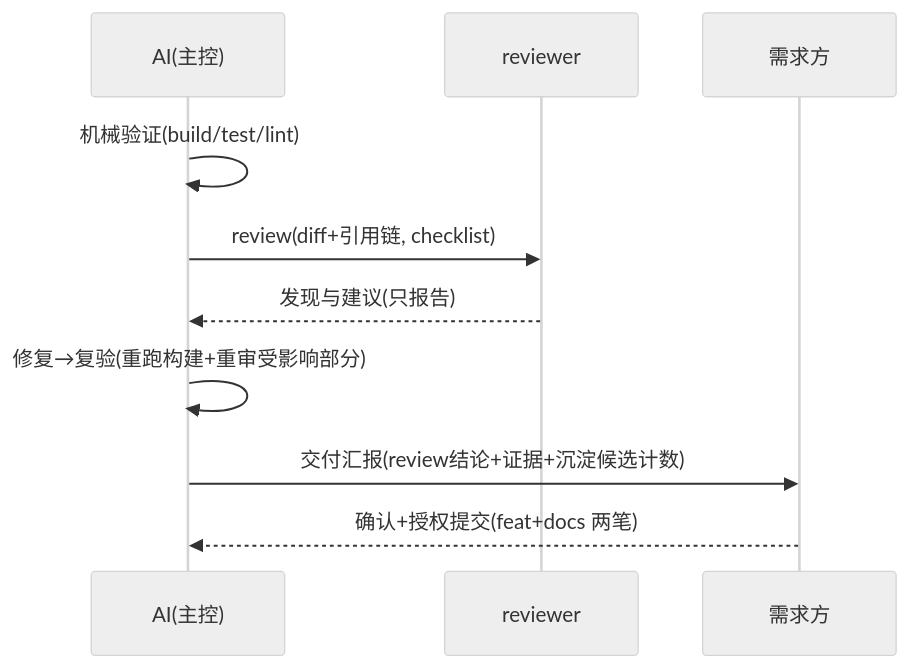
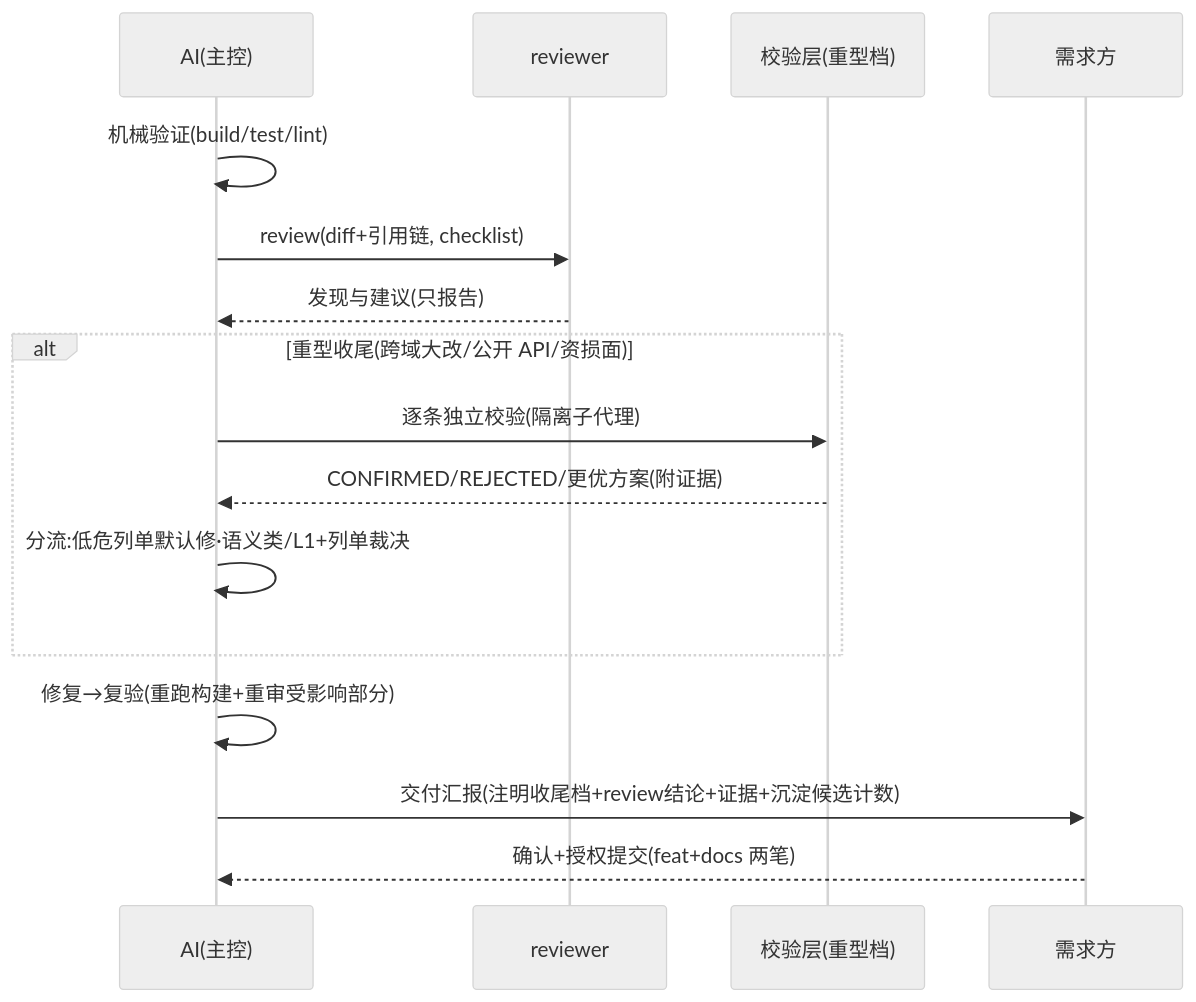
One commit to BIG-BEARC/crules-flutter changed the diagram in README.md. Above: the diagram before and after it, drawn with Mermaid (neutral theme). The commit also changed other lines of this file and 5 other files, not shown here.

Commit message:
feat: 档位化 P1a/P1b——两轴一源落地（§十二三档预设块 + 收尾三档 + init 档位一问 + 时序图改版，四方同源断言 22→24）

````diff
--- a/README.md
+++ b/README.md
@@ -60,12 +62,18 @@
 ```mermaid
 sequenceDiagram
     participant AI as AI(主控)
     participant R as reviewer
+    participant V as 校验层(重型档)
     participant U as 需求方
     AI->>AI: 机械验证(build/test/lint)
     AI->>R: review(diff+引用链, checklist)
     R-->>AI: 发现与建议(只报告)
+    alt 重型收尾(跨域大改/公开 API/资损面)
+        AI->>V: 逐条独立校验(隔离子代理)
+        V-->>AI: CONFIRMED/REJECTED/更优方案(附证据)
+        AI->>AI: 分流:低危列单默认修·语义类/L1+列单裁决
+    end
     AI->>AI: 修复→复验(重跑构建+重审受影响部分)
-    AI->>U: 交付汇报(review结论+证据+沉淀候选计数)
+    AI->>U: 交付汇报(注明收尾档+review结论+证据+沉淀候选计数)
     U-->>AI: 确认+授权提交(feat+docs 两笔)
 ```
````
